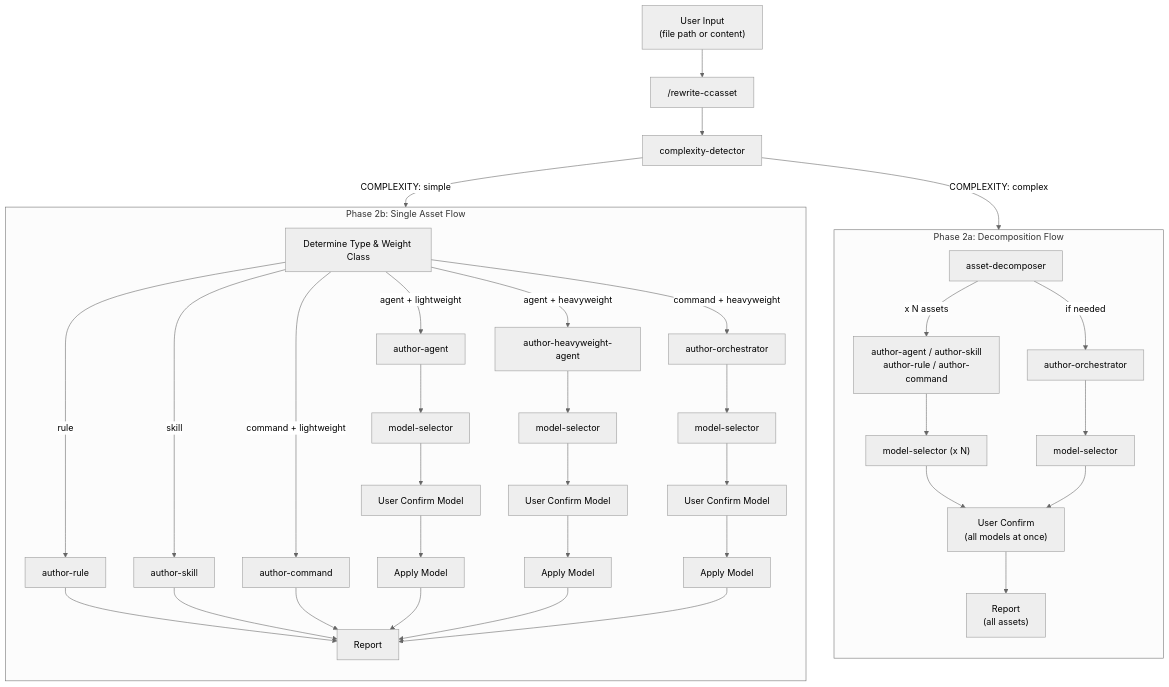
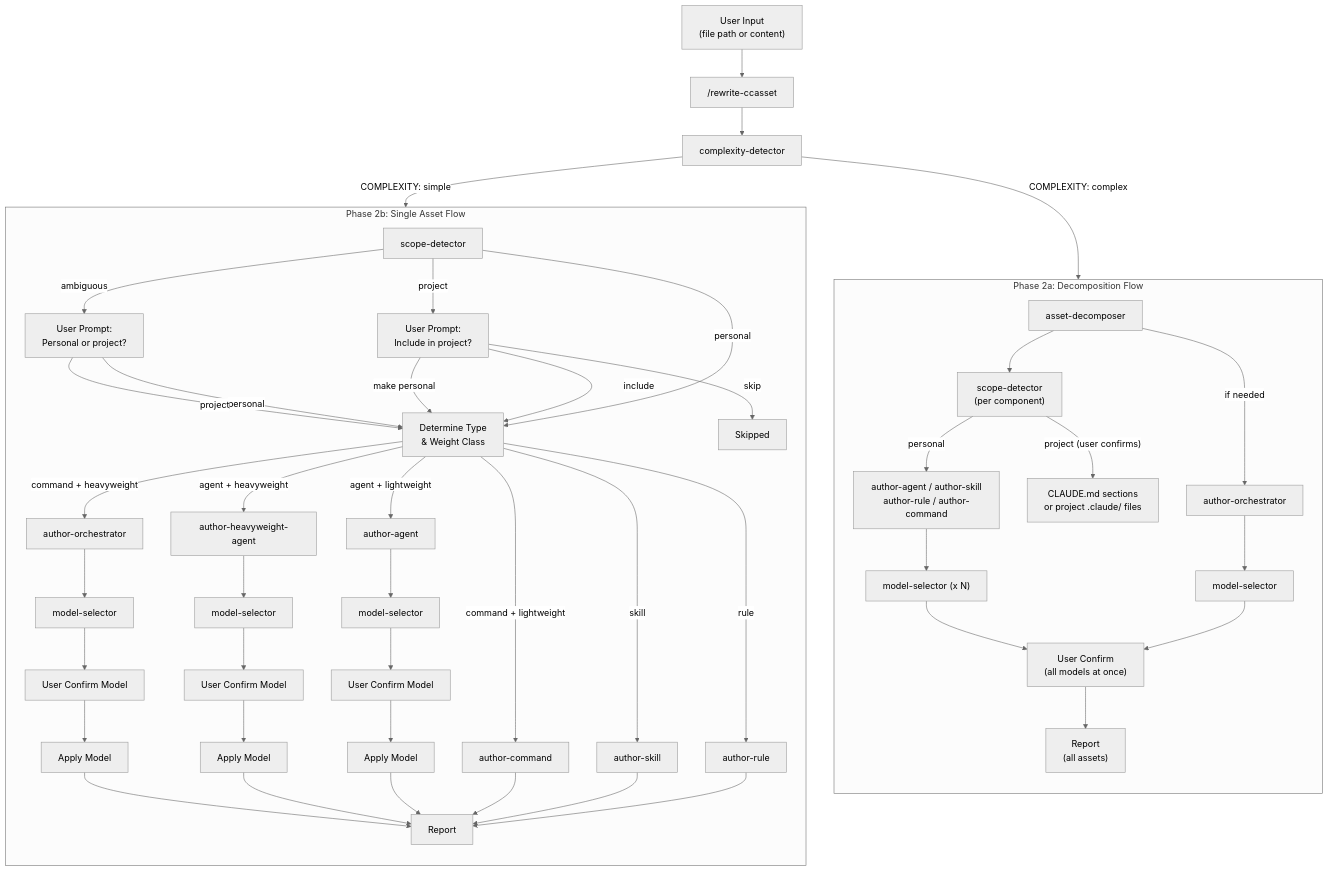
Before and after one commit to DigitalCowboyN/claude-asset-writer: the second of 8 diagrams in docs/architecture.md, drawn with Mermaid (neutral theme). The commit also changed other lines of this file and 10 other files, not shown here.

````diff
--- a/docs/architecture.md
+++ b/docs/architecture.md
@@ -49,56 +51,66 @@
 ```mermaid
 flowchart TD
     input["User Input\n(file path or content)"]
     entry["/rewrite-ccasset"]
     cd["complexity-detector"]
 
     input --> entry --> cd
 
     cd -->|"COMPLEXITY: simple"| simple_path
     cd -->|"COMPLEXITY: complex"| complex_path
 
     subgraph simple_path["Phase 2b: Single Asset Flow"]
         direction TB
-        classify["Determine Type & Weight Class"]
+        sd["scope-detector"]
+        sd -->|personal| classify["Determine Type\n& Weight Class"]
+        sd -->|project| scope_prompt["User Prompt:\nInclude in project?"]
+        sd -->|ambiguous| scope_prompt2["User Prompt:\nPersonal or project?"]
+        scope_prompt -->|include| classify
+        scope_prompt -->|skip| skipped["Skipped"]
+        scope_prompt -->|make personal| classify
+        scope_prompt2 -->|personal| classify
+        scope_prompt2 -->|project| classify
         classify -->|rule| ar["author-rule"]
         classify -->|agent + lightweight| aa["author-agent"]
         classify -->|skill| as["author-skill"]
         classify -->|command + lightweight| ac["author-command"]
         classify -->|agent + heavyweight| ahv["author-heavyweight-agent"]
         classify -->|command + heavyweight| ao["author-orchestrator"]
 
         aa --> ms1["model-selector"]
         ahv --> ms2["model-selector"]
         ao --> ms3["model-selector"]
 
         ms1 --> uc1["User Confirm Model"]
         ms2 --> uc2["User Confirm Model"]
         ms3 --> uc3["User Confirm Model"]
 
         uc1 --> apply1["Apply Model"]
         uc2 --> apply2["Apply Model"]
         uc3 --> apply3["Apply Model"]
 
         ar --> report1["Report"]
         as --> report1
         ac --> report1
         apply1 --> report1
         apply2 --> report1
         apply3 --> report1
     end
 
     subgraph complex_path["Phase 2a: Decomposition Flow"]
         direction TB
         decompose["asset-decomposer"]
-        decompose -->|"x N assets"| authors["author-agent / author-skill\nauthor-rule / author-command"]
+        decompose --> scope_each["scope-detector\n(per component)"]
+        scope_each -->|personal| authors["author-agent / author-skill\nauthor-rule / author-command"]
+        scope_each -->|"project (user confirms)"| proj_dest["CLAUDE.md sections\nor project .claude/ files"]
         decompose -->|"if needed"| orch["author-orchestrator"]
 
         authors --> ms4["model-selector (x N)"]
         orch --> ms5["model-selector"]
 
         ms4 --> confirm["User Confirm\n(all models at once)"]
         ms5 --> confirm
 
         confirm --> report2["Report\n(all assets)"]
     end
 ```
````
